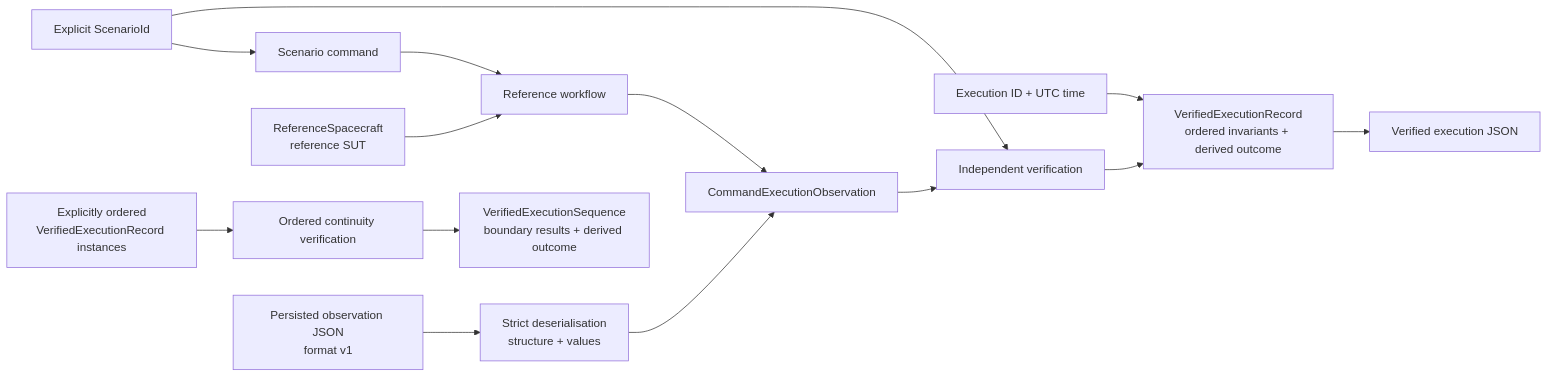
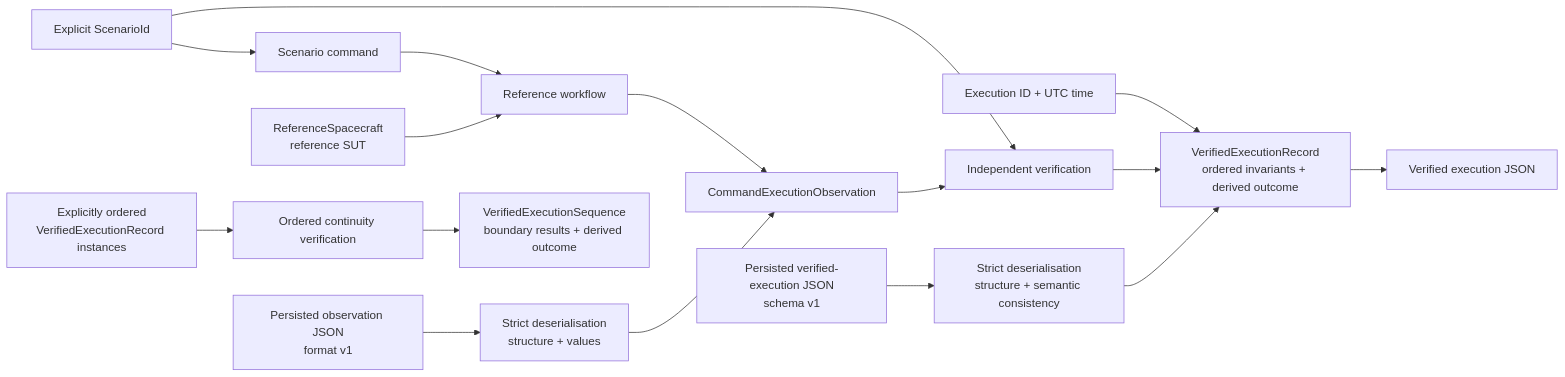
One commit to NikolayAir/OrbiRig changed the diagram in README.md. Above: the diagram before and after it, drawn with Mermaid. The commit also changed other lines of this file and 4 other files, not shown here.

First line of the commit message:
Add verified-execution evidence deserialisation (#31)

````diff
--- a/README.md
+++ b/README.md
@@ -22,19 +23,21 @@
 ```mermaid
 flowchart LR
     scenario["Explicit ScenarioId"] --> command["Scenario command"]
     command --> workflow["Reference workflow"]
     sut["ReferenceSpacecraft<br/>reference SUT"] --> workflow
     workflow --> observation["CommandExecutionObservation"]
 
     persisted["Persisted observation JSON<br/>format v1"] --> loader["Strict deserialisation<br/>structure + values"]
     loader --> observation
 
     scenario --> verifier["Independent verification"]
     observation --> verifier
     metadata["Execution ID + UTC time"] --> record["VerifiedExecutionRecord<br/>ordered invariants + derived outcome"]
     verifier --> record
     record --> evidence["Verified execution JSON"]
+    verified_persisted["Persisted verified-execution JSON<br/>schema v1"] --> verified_loader["Strict deserialisation<br/>structure + semantic consistency"]
+    verified_loader --> record
 
     records["Explicitly ordered<br/>VerifiedExecutionRecord instances"] --> continuity["Ordered continuity verification"]
     continuity --> sequence["VerifiedExecutionSequence<br/>boundary results + derived outcome"]
 ```
````
